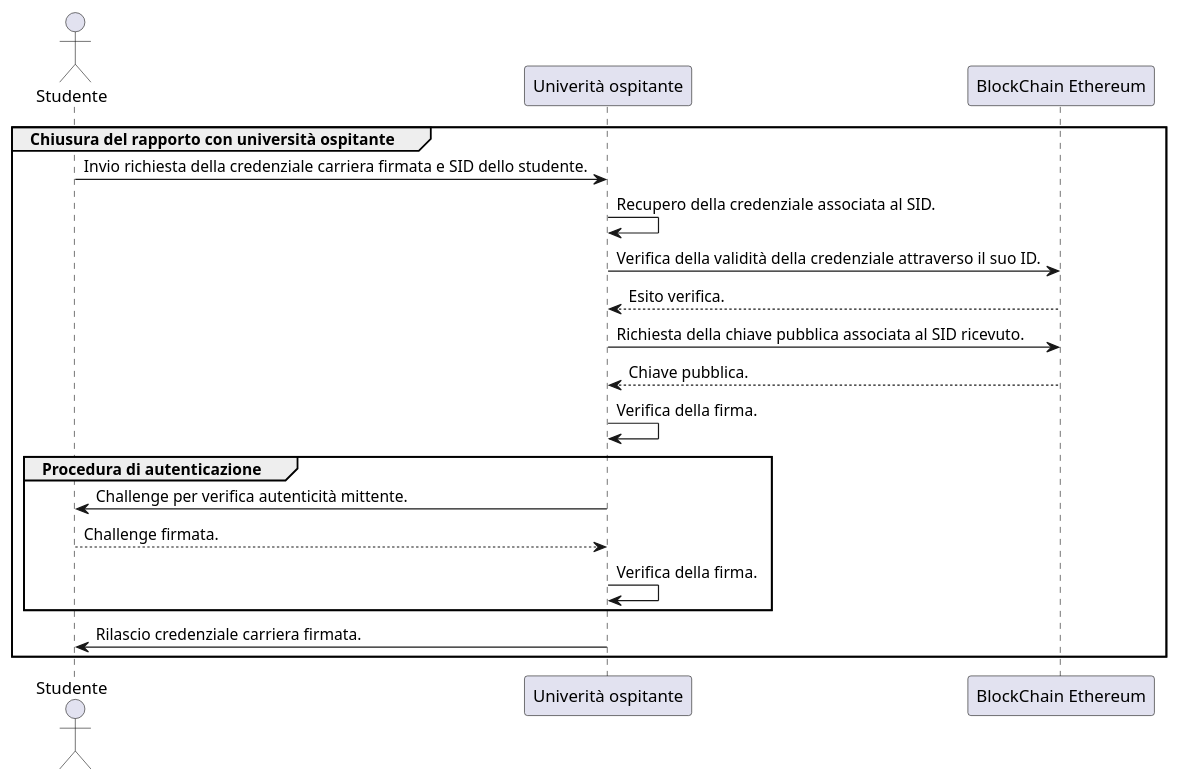
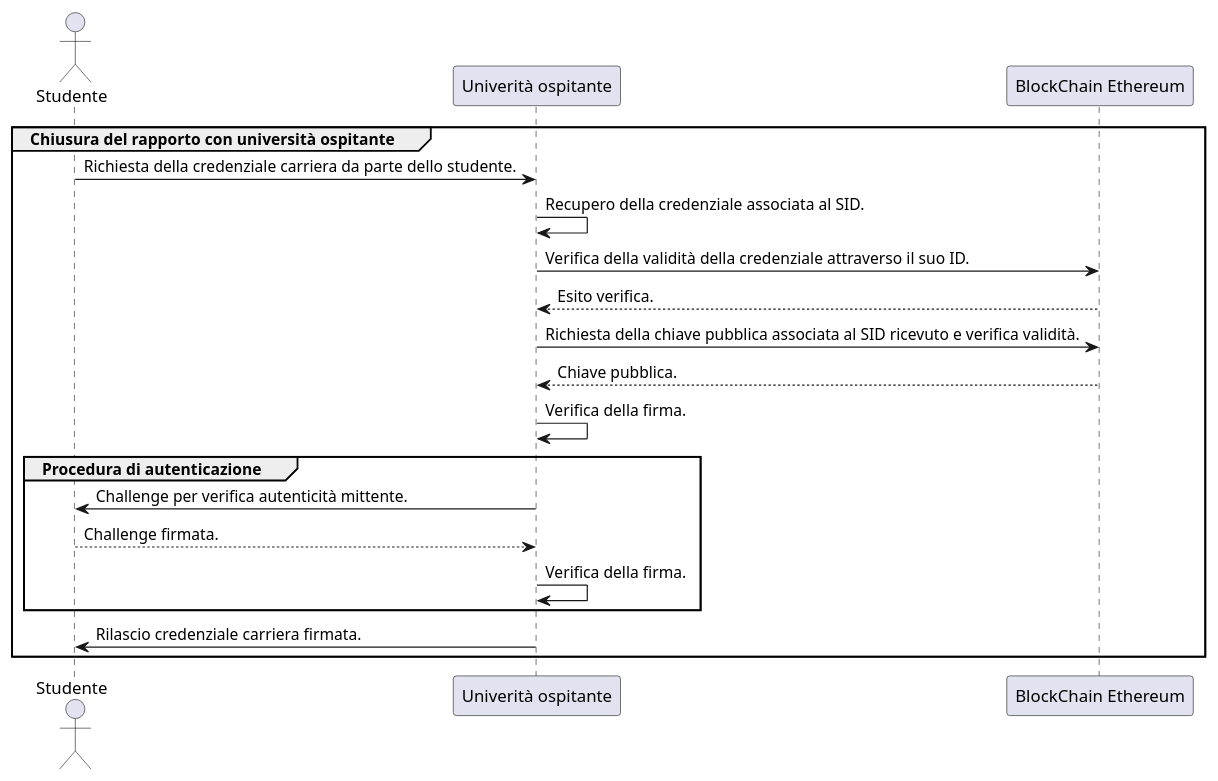
Before and after one commit to antocarbone/ProjectWorkAPS: the diagram in UML/ChiusuraRapportoErasmus.puml, drawn with PlantUML.

Commit message:
modifica diagramma uml di fine carriera erasmus

```diff
--- a/UML/ChiusuraRapportoErasmus.puml
+++ b/UML/ChiusuraRapportoErasmus.puml
@@ -1,24 +1,24 @@
 @startuml Fine Erasmus
     actor Studente as s
     participant "Univerità ospitante" as uosp
     participant "BlockChain Ethereum" as ether
 
     group Chiusura del rapporto con università ospitante
-        s -> uosp : Invio richiesta della credenziale carriera firmata e SID dello studente.
+        s -> uosp : Richiesta della credenziale carriera da parte dello studente.
         uosp -> uosp : Recupero della credenziale associata al SID.
         uosp -> ether : Verifica della validità della credenziale attraverso il suo ID.
         ether --> uosp : Esito verifica.
 
-        uosp -> ether : Richiesta della chiave pubblica associata al SID ricevuto.
+        uosp -> ether : Richiesta della chiave pubblica associata al SID ricevuto e verifica validità.
         ether --> uosp : Chiave pubblica.
         uosp -> uosp : Verifica della firma.
 
         group Procedura di autenticazione
             uosp -> s : Challenge per verifica autenticità mittente.
             s --> uosp : Challenge firmata.
             uosp -> uosp : Verifica della firma.
         end
 
         uosp -> s : Rilascio credenziale carriera firmata.
     end
 @enduml
```
